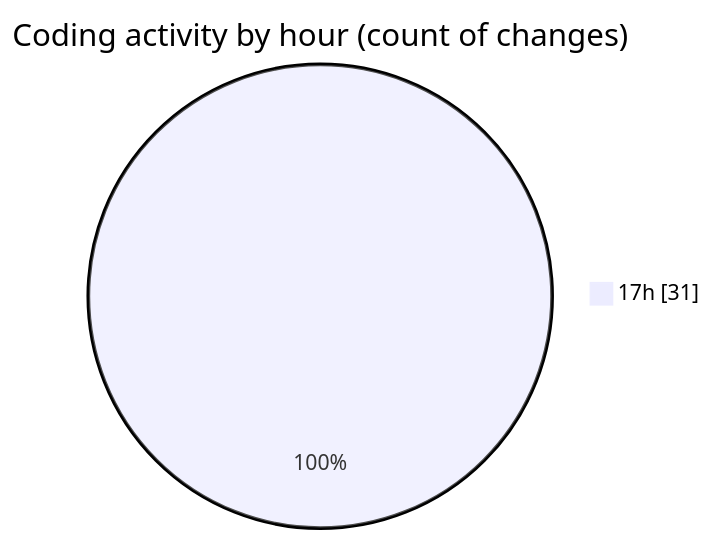
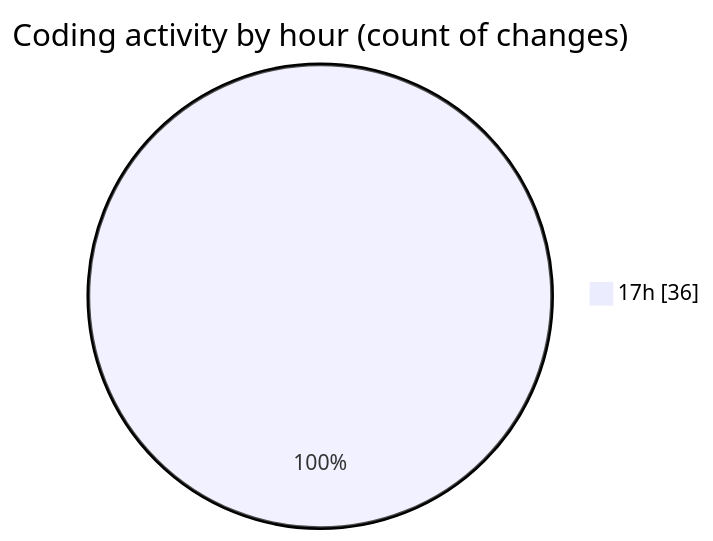
Before and after one commit to momahboobian/code-tracking: the second of 2 diagrams in 2025-03-20/cda/README.md, drawn with Mermaid. The commit also changed other lines of this file and 1 other file, not shown here.

````diff
--- a/2025-03-20/cda/README.md
+++ b/2025-03-20/cda/README.md
@@ -30,5 +30,5 @@
 ```mermaid
 pie showData
 title Coding activity by hour (count of changes)
-"17h" : 31
+"17h" : 36
 ```
````
